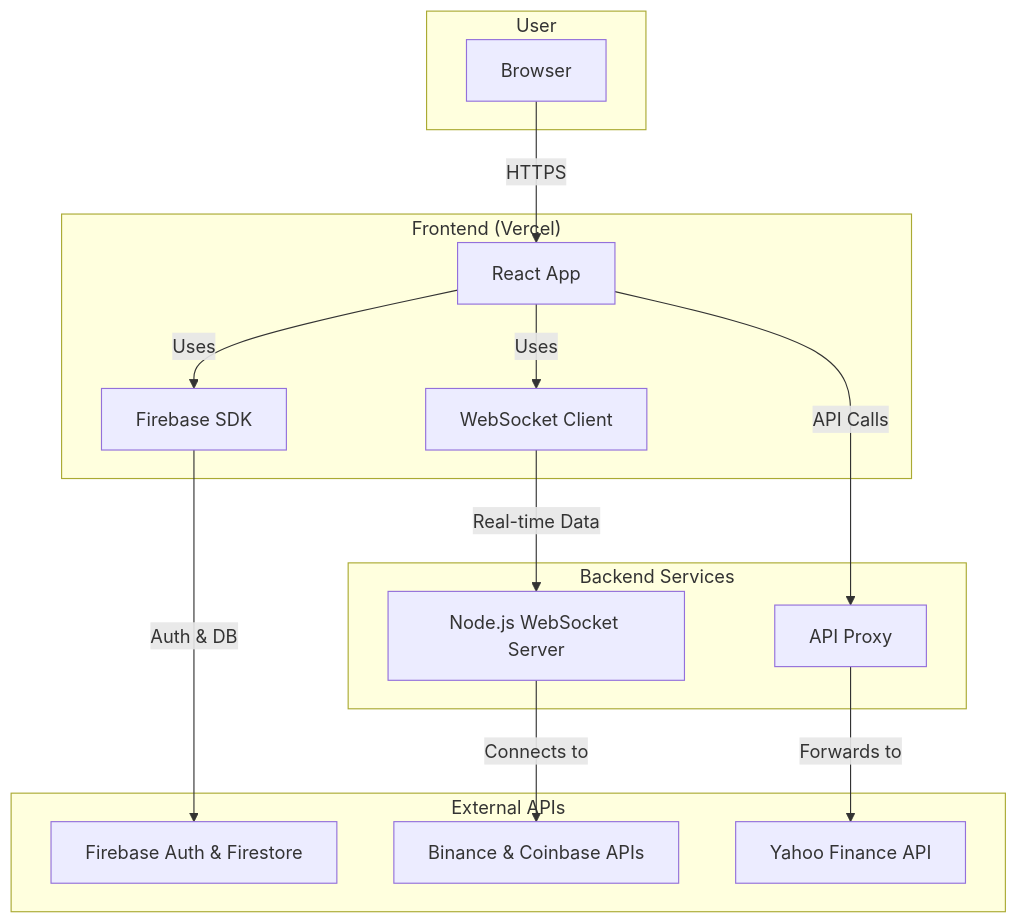
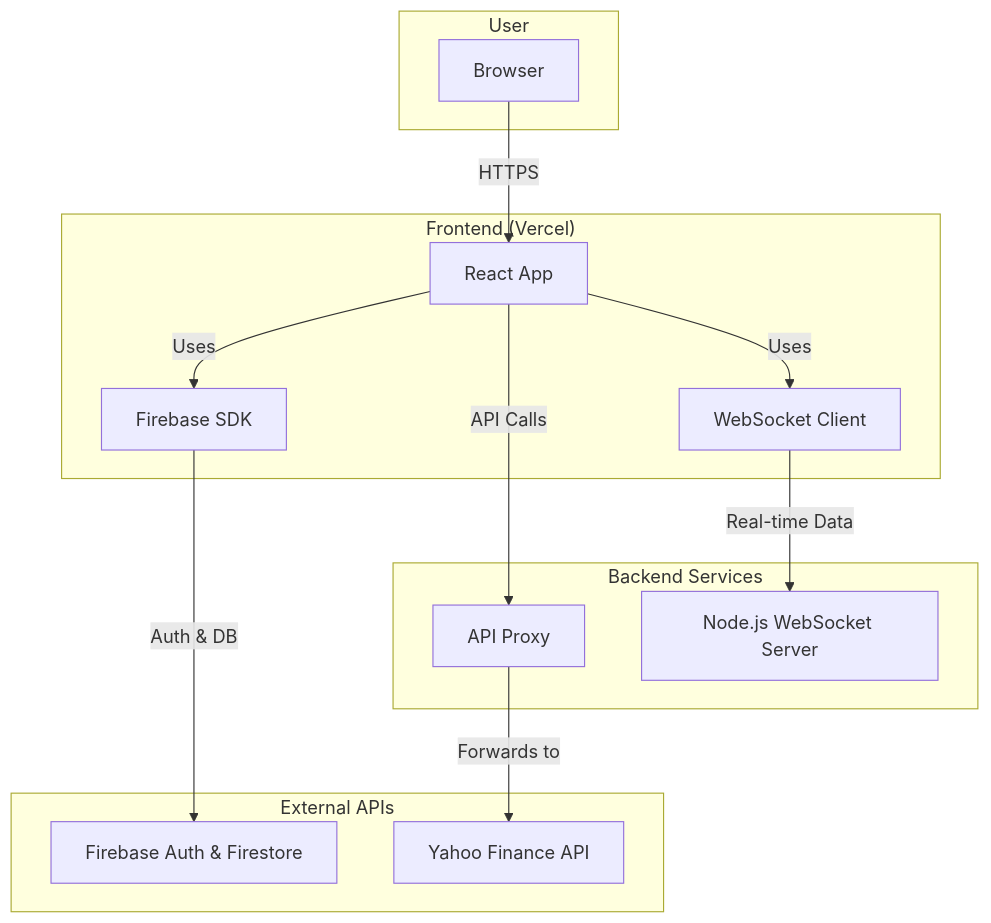
The diagram in README.md (dmtrung14/O2Arena), drawn with Mermaid before and after one commit. The commit also changed other lines of this file and 46 other files, not shown here.

````diff
--- a/README.md
+++ b/README.md
@@ -68,32 +64,30 @@
 ```mermaid
 graph TD
     subgraph User
         A[Browser]
     end
 
     subgraph "Frontend (Vercel)"
         B[React App]
         C[Firebase SDK]
         D[WebSocket Client]
     end
 
     subgraph "Backend Services"
         E[API Proxy]
         F[Node.js WebSocket Server]
     end
 
     subgraph "External APIs"
         G[Firebase Auth & Firestore]
-        H[Binance & Coinbase APIs]
         I[Yahoo Finance API]
     end
 
     A -- "HTTPS" --> B;
     B -- "Uses" --> C;
     B -- "Uses" --> D;
     B -- "API Calls" --> E;
     C -- "Auth & DB" --> G;
     D -- "Real-time Data" --> F;
-    F -- "Connects to" --> H;
     E -- "Forwards to" --> I;
 ```
````
